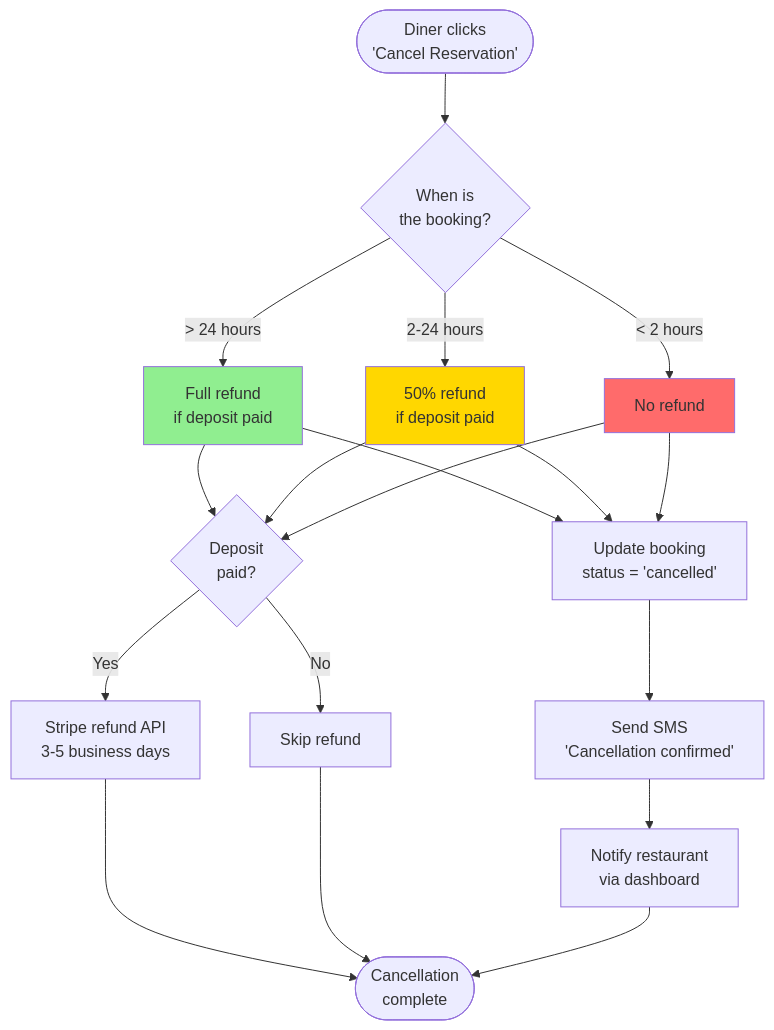
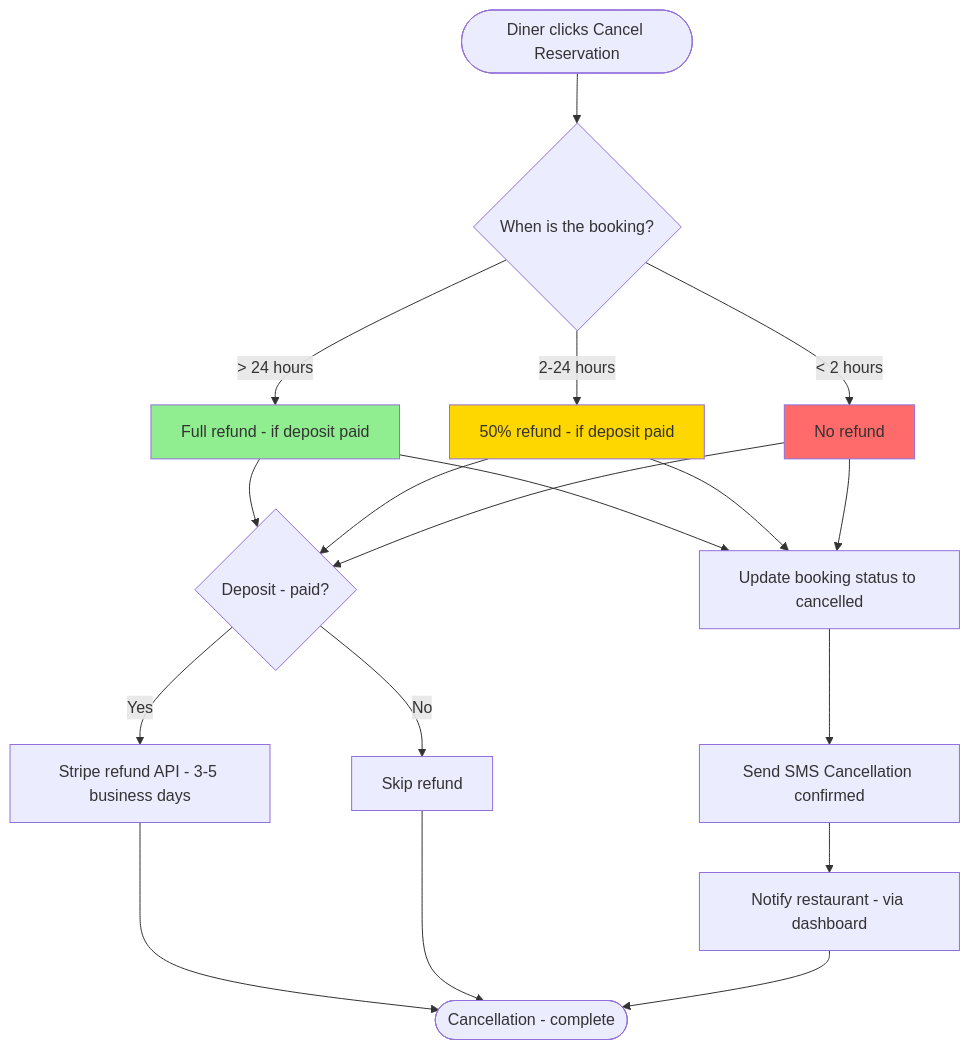
The third of 5 diagrams in 02-reserve-easy-project/03-design/process-maps.md (codezelaca/pm-ba-lifecycle), drawn with Mermaid before and after one commit. The commit also changed other lines of this file and 11 other files, not shown here.

Commit message:
docs: standardize multi-line text formatting in diagrams and tables by replacing HTML line breaks with hyphens.

````diff
--- a/02-reserve-easy-project/03-design/process-maps.md
+++ b/02-reserve-easy-project/03-design/process-maps.md
@@ -114,30 +114,30 @@
 ```mermaid
 flowchart TD
-    Start([Diner clicks<br/>'Cancel Reservation']) --> Check{When is<br/>the booking?}
+    Start([Diner clicks Cancel Reservation]) --> Check{When is the booking?}
 
-    Check -->|> 24 hours| FullRefund[Full refund<br/>if deposit paid]
-    Check -->|2-24 hours| PartialRefund[50% refund<br/>if deposit paid]
+    Check -->|> 24 hours| FullRefund[Full refund - if deposit paid]
+    Check -->|2-24 hours| PartialRefund[50% refund - if deposit paid]
     Check -->|< 2 hours| NoRefund[No refund]
 
-    FullRefund --> UpdateDB[Update booking<br/>status = 'cancelled']
+    FullRefund --> UpdateDB[Update booking status to cancelled]
     PartialRefund --> UpdateDB
     NoRefund --> UpdateDB
 
-    UpdateDB --> SendSMS[Send SMS<br/>'Cancellation confirmed']
-    SendSMS --> NotifyRestaurant[Notify restaurant<br/>via dashboard]
+    UpdateDB --> SendSMS[Send SMS Cancellation confirmed]
+    SendSMS --> NotifyRestaurant[Notify restaurant - via dashboard]
 
-    FullRefund --> ProcessRefund{Deposit<br/>paid?}
+    FullRefund --> ProcessRefund{Deposit - paid?}
     PartialRefund --> ProcessRefund
     NoRefund --> ProcessRefund
 
-    ProcessRefund -->|Yes| InitiateRefund[Stripe refund API<br/>3-5 business days]
+    ProcessRefund -->|Yes| InitiateRefund[Stripe refund API - 3-5 business days]
     ProcessRefund -->|No| Skip[Skip refund]
 
-    InitiateRefund --> End([Cancellation<br/>complete])
+    InitiateRefund --> End([Cancellation - complete])
     Skip --> End
     NotifyRestaurant --> End
 
     style FullRefund fill:#90EE90
     style PartialRefund fill:#FFD700
     style NoRefund fill:#FF6B6B
 ```
````
